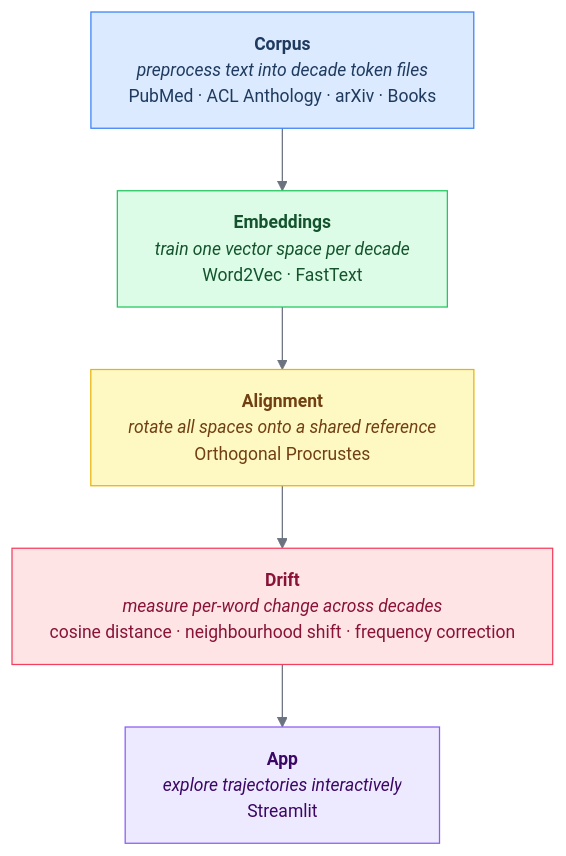
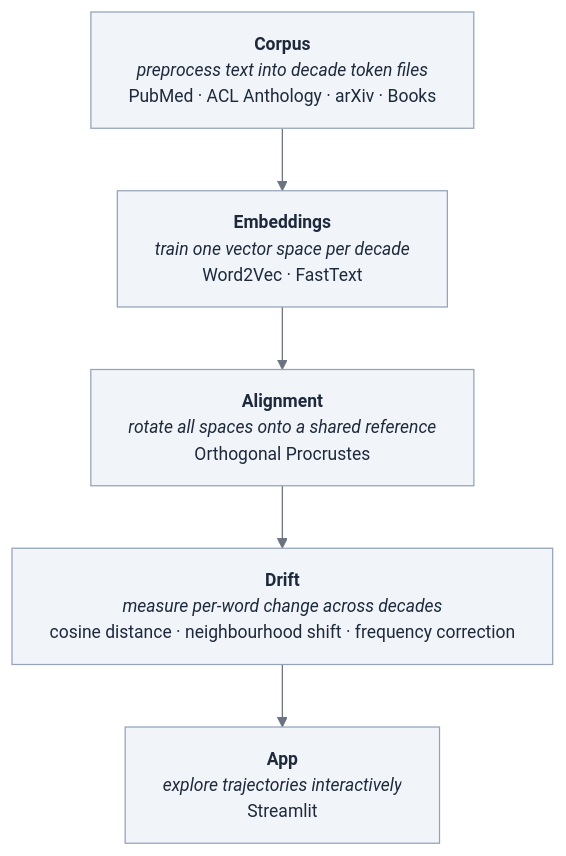
The diagram in README.md (Dovalization/interpretant), drawn with Mermaid before and after one commit.

Commit message:
docs(readme): replace per-stage colors with uniform neutral slate

````diff
--- a/README.md
+++ b/README.md
@@ -46,17 +46,13 @@
 ```mermaid
 %%{init: {'theme': 'base', 'themeVariables': {'fontSize': '14px', 'lineColor': '#6b7280'}}}%%
 flowchart TD
-    classDef corpus fill:#dbeafe,stroke:#3b82f6,color:#1e3a5f
-    classDef embed  fill:#dcfce7,stroke:#22c55e,color:#14532d
-    classDef align  fill:#fef9c3,stroke:#eab308,color:#713f12
-    classDef drift  fill:#ffe4e6,stroke:#f43f5e,color:#881337
-    classDef app    fill:#ede9fe,stroke:#8b5cf6,color:#3b0764
+    classDef stage fill:#f1f5f9,stroke:#94a3b8,color:#1e293b
 
-    C["<b>Corpus</b><br/><i>preprocess&nbsp;text&nbsp;into&nbsp;decade&nbsp;token&nbsp;files</i><br/>PubMed&nbsp;·&nbsp;ACL&nbsp;Anthology&nbsp;·&nbsp;arXiv&nbsp;·&nbsp;Books"]:::corpus
-    E["<b>Embeddings</b><br/><i>train&nbsp;one&nbsp;vector&nbsp;space&nbsp;per&nbsp;decade</i><br/>Word2Vec&nbsp;·&nbsp;FastText"]:::embed
-    A["<b>Alignment</b><br/><i>rotate&nbsp;all&nbsp;spaces&nbsp;onto&nbsp;a&nbsp;shared&nbsp;reference</i><br/>Orthogonal&nbsp;Procrustes"]:::align
-    D["<b>Drift</b><br/><i>measure&nbsp;per-word&nbsp;change&nbsp;across&nbsp;decades</i><br/>cosine&nbsp;distance&nbsp;·&nbsp;neighbourhood&nbsp;shift&nbsp;·&nbsp;frequency&nbsp;correction"]:::drift
-    P["<b>App</b><br/><i>explore&nbsp;trajectories&nbsp;interactively</i><br/>Streamlit"]:::app
+    C["<b>Corpus</b><br/><i>preprocess&nbsp;text&nbsp;into&nbsp;decade&nbsp;token&nbsp;files</i><br/>PubMed&nbsp;·&nbsp;ACL&nbsp;Anthology&nbsp;·&nbsp;arXiv&nbsp;·&nbsp;Books"]:::stage
+    E["<b>Embeddings</b><br/><i>train&nbsp;one&nbsp;vector&nbsp;space&nbsp;per&nbsp;decade</i><br/>Word2Vec&nbsp;·&nbsp;FastText"]:::stage
+    A["<b>Alignment</b><br/><i>rotate&nbsp;all&nbsp;spaces&nbsp;onto&nbsp;a&nbsp;shared&nbsp;reference</i><br/>Orthogonal&nbsp;Procrustes"]:::stage
+    D["<b>Drift</b><br/><i>measure&nbsp;per-word&nbsp;change&nbsp;across&nbsp;decades</i><br/>cosine&nbsp;distance&nbsp;·&nbsp;neighbourhood&nbsp;shift&nbsp;·&nbsp;frequency&nbsp;correction"]:::stage
+    P["<b>App</b><br/><i>explore&nbsp;trajectories&nbsp;interactively</i><br/>Streamlit"]:::stage
 
     C --> E --> A --> D --> P
 ```
````
